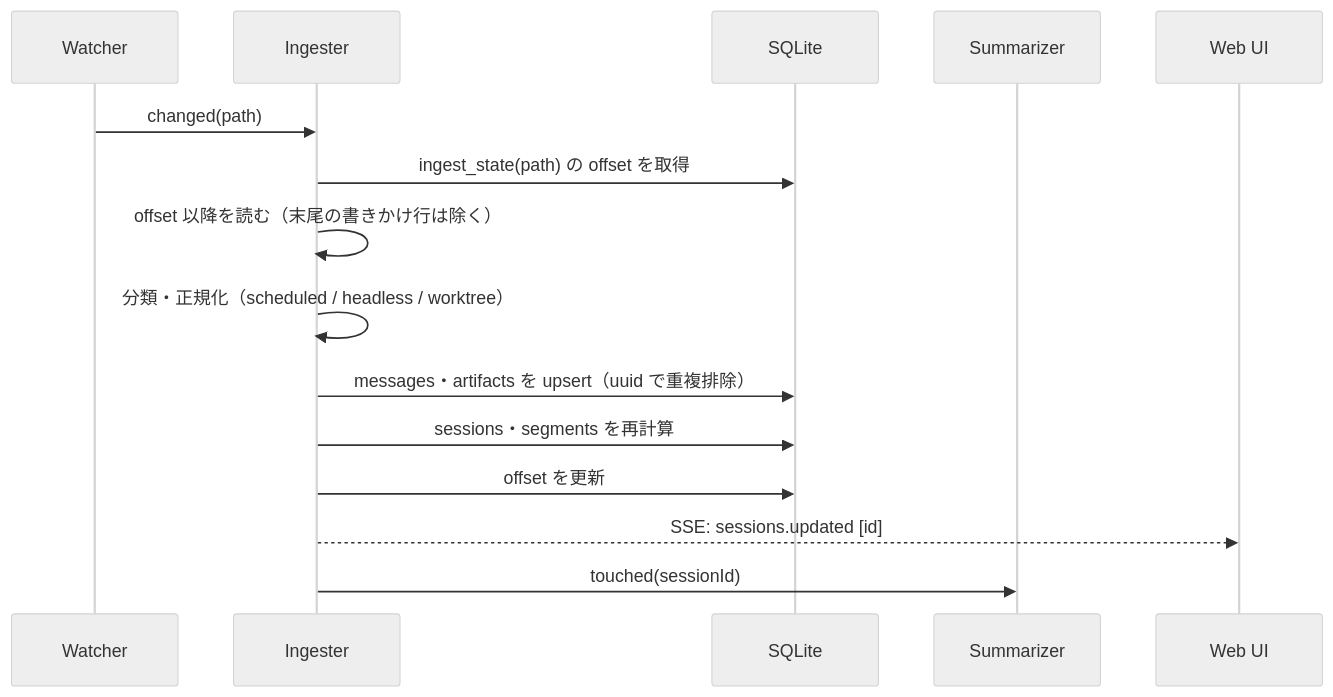
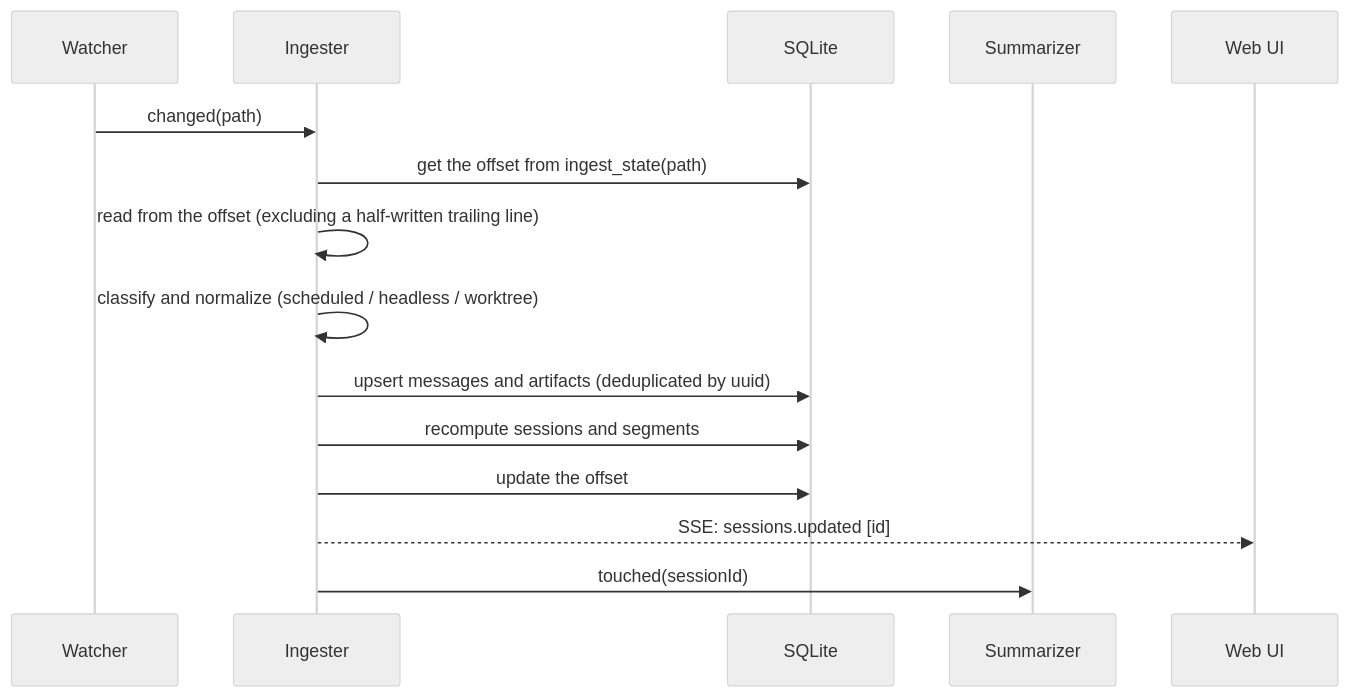
The second of 3 diagrams in docs/architecture.md (atsuki-shirasawa/kairos), drawn with Mermaid (neutral theme) before and after one commit. The commit also changed other lines of this file and 100 other files, not shown here.

````diff
--- a/docs/architecture.md
+++ b/docs/architecture.md
@@ -58,18 +58,18 @@
 ```mermaid
 sequenceDiagram
     participant W as Watcher
     participant I as Ingester
     participant DB as SQLite
     participant S as Summarizer
     participant UI as Web UI
 
     W->>I: changed(path)
-    I->>DB: ingest_state(path) の offset を取得
-    I->>I: offset 以降を読む（末尾の書きかけ行は除く）
-    I->>I: 分類・正規化（scheduled / headless / worktree）
-    I->>DB: messages・artifacts を upsert（uuid で重複排除）
-    I->>DB: sessions・segments を再計算
-    I->>DB: offset を更新
+    I->>DB: get the offset from ingest_state(path)
+    I->>I: read from the offset (excluding a half-written trailing line)
+    I->>I: classify and normalize (scheduled / headless / worktree)
+    I->>DB: upsert messages and artifacts (deduplicated by uuid)
+    I->>DB: recompute sessions and segments
+    I->>DB: update the offset
     I-->>UI: SSE: sessions.updated [id]
     I->>S: touched(sessionId)
 ```
````
